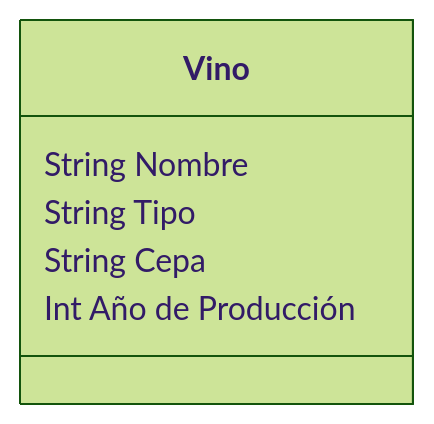
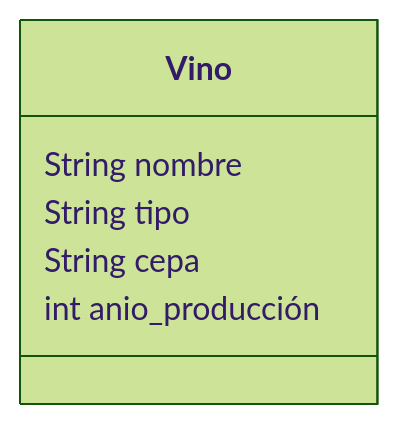
The first of 2 diagrams in retos_sesion_02/ejercicio_02.md (PatoAparicio/psg-oop-2025), drawn with Mermaid (forest theme) before and after one commit. The commit also changed other lines of this file and 6 other files, not shown here.

````diff
--- a/retos_sesion_02/ejercicio_02.md
+++ b/retos_sesion_02/ejercicio_02.md
@@ -35,9 +58,9 @@
 ```mermaid
 classDiagram
     class Vino {
-        String Nombre
-        String Tipo
-        String Cepa
-        Int Año de Producción
+        String nombre
+        String tipo
+        String cepa
+        int anio_producción
     }
 ```
````
